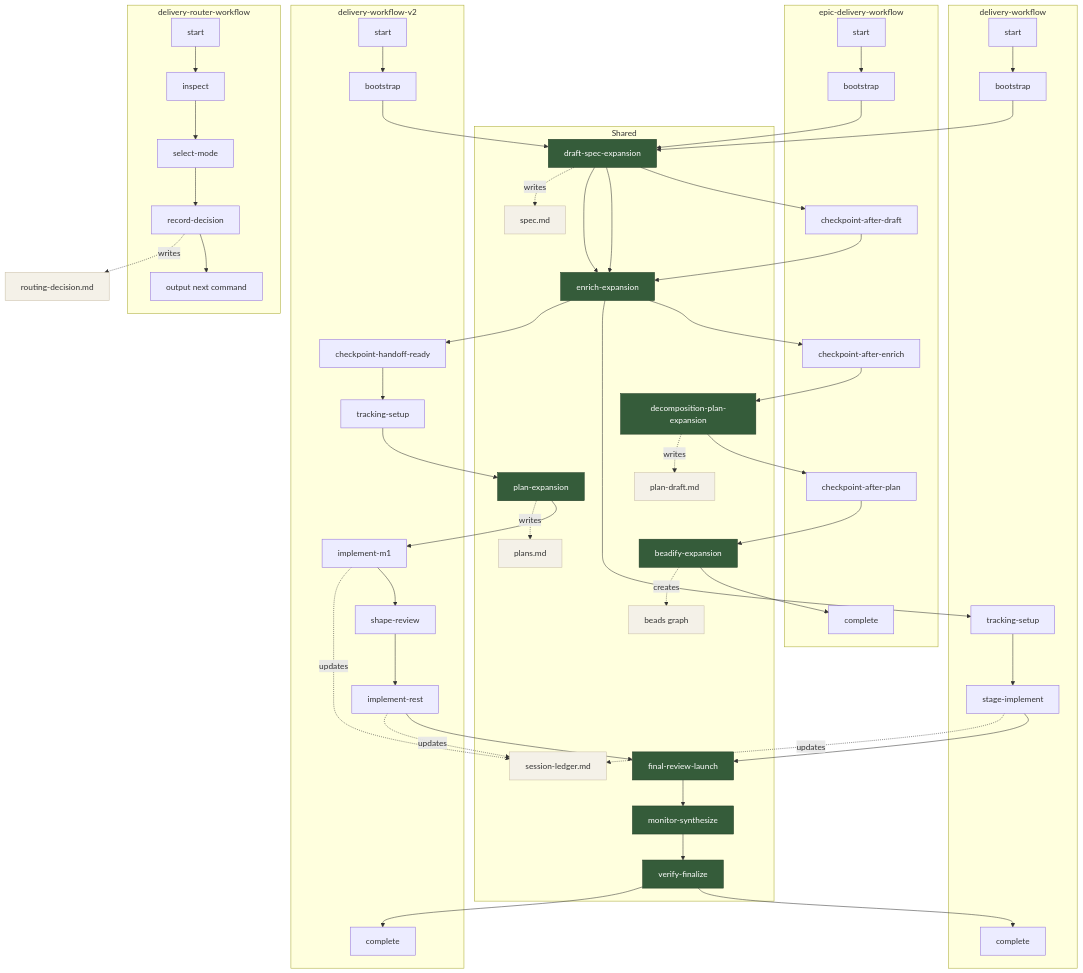
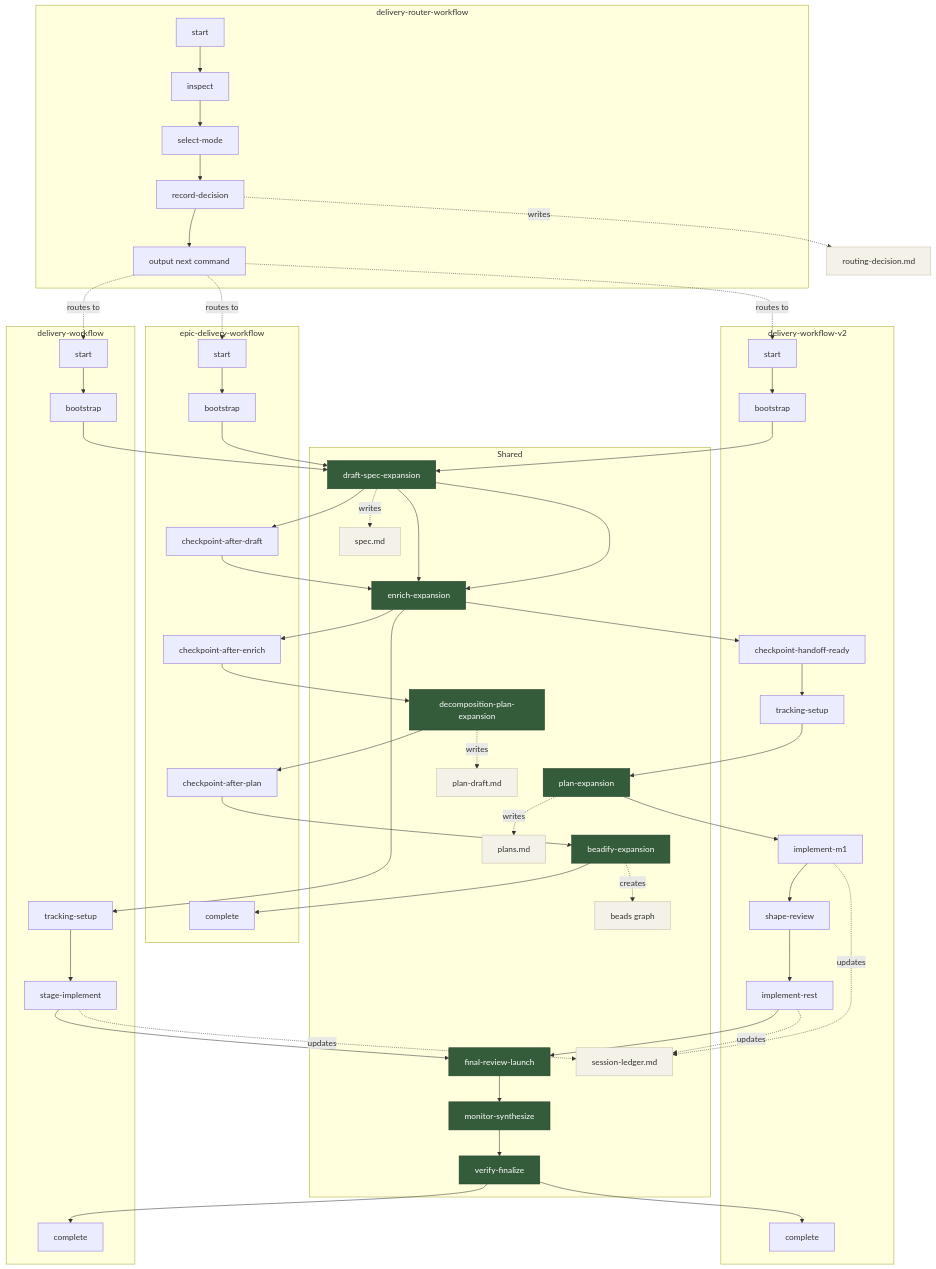
One commit to corymhall/toolkit changed the diagram in gastown/beads/formulas/README.md. Above: the diagram before and after it, drawn with Mermaid.

Commit message:
docs: connect router in workflow map

```diff
--- a/gastown/beads/formulas/README.md
+++ b/gastown/beads/formulas/README.md
@@ -103,6 +103,9 @@
     DR_INSPECT --> DR_SELECT
     DR_SELECT --> DR_RECORD
     DR_RECORD --> DR_DONE
+    DR_DONE -. routes to .-> EDW_START
+    DR_DONE -. routes to .-> DW_START
+    DR_DONE -. routes to .-> DW2_START
 
     EDW_START --> EDW_BOOT
     EDW_BOOT --> DS
```
